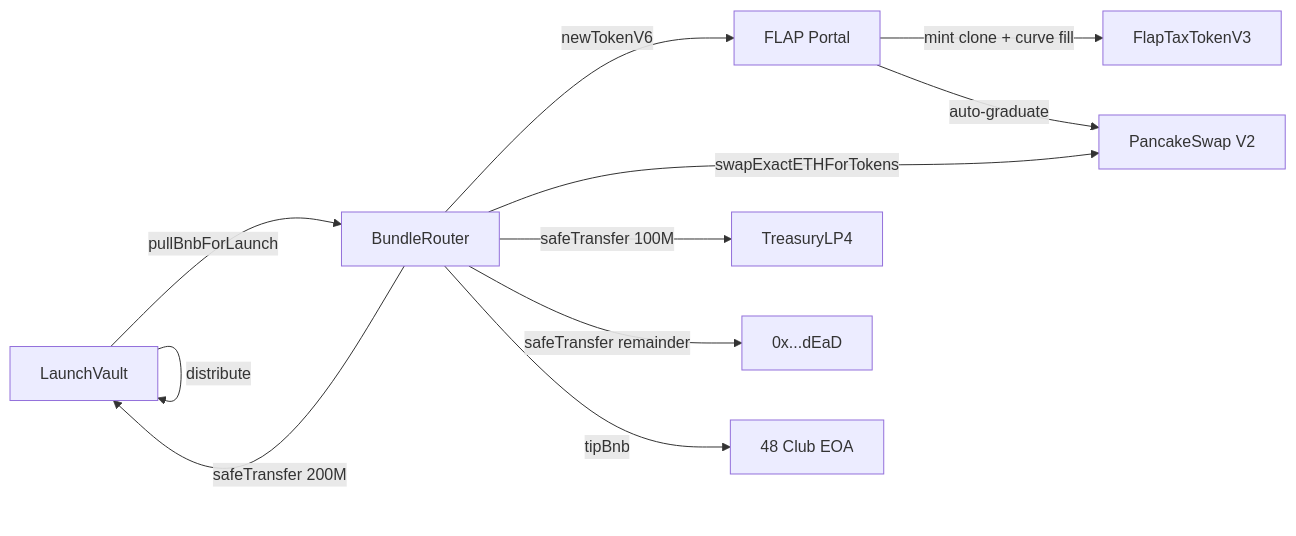
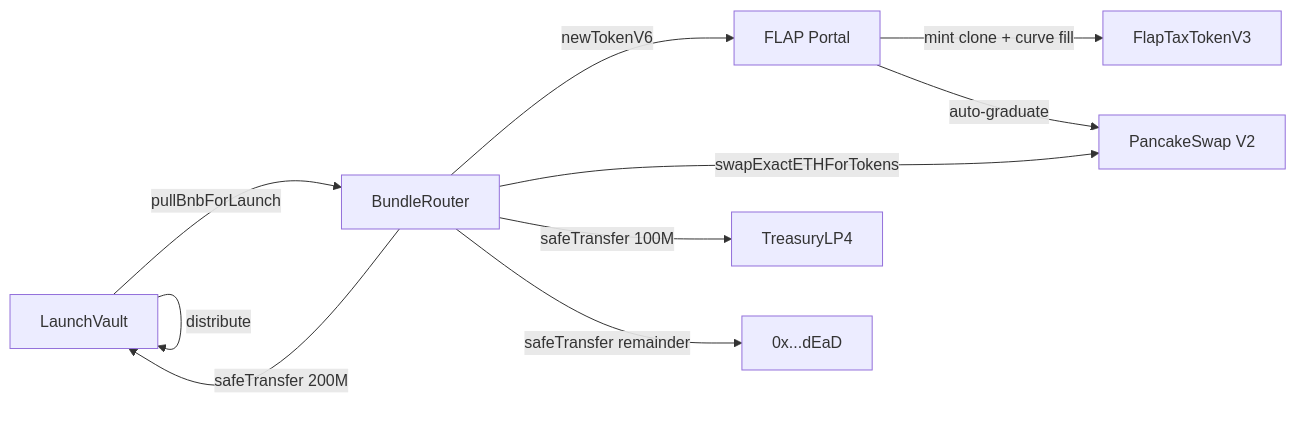
One commit to waifufun/waifu.fun changed the diagram in docs/creators/bundle-architecture.mdx. Above: the diagram before and after it, drawn with Mermaid. The commit also changed other lines of this file and 5 other files, not shown here.

First line of the commit message:
docs+lint: fix codex finding (tipBnb), intro FLAP, biome step-launchpad

````diff
--- a/docs/creators/bundle-architecture.mdx
+++ b/docs/creators/bundle-architecture.mdx
@@ -12,13 +12,12 @@
 ```mermaid
 flowchart LR
   Vault[LaunchVault] -- pullBnbForLaunch --> Router[BundleRouter]
   Router -- newTokenV6 --> Portal[FLAP Portal]
   Portal -- mint clone + curve fill --> Token[FlapTaxTokenV3]
   Portal -- auto-graduate --> PCS[PancakeSwap V2]
   Router -- swapExactETHForTokens --> PCS
   Router -- safeTransfer 200M --> Vault
   Router -- safeTransfer 100M --> Treasury[TreasuryLP4]
   Router -- safeTransfer remainder --> Burn[0x...dEaD]
   Vault -- distribute --> Vault
-  Router -- tipBnb --> Tip[48 Club EOA]
 ```
````
